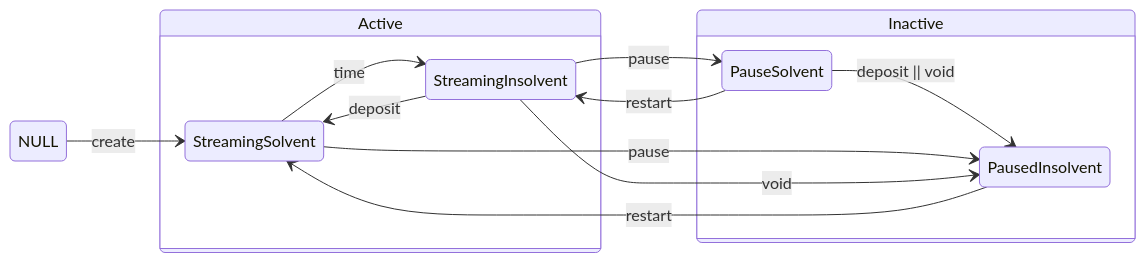
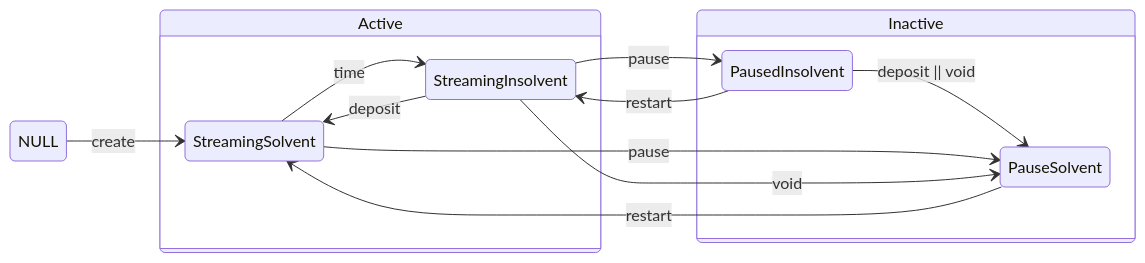
The first of 8 diagrams in diagrams.md (sablier-labs/flow), drawn with Mermaid before and after one commit.

Commit message:
docs: correct status diagram

````diff
--- a/diagrams.md
+++ b/diagrams.md
@@ -22,40 +22,40 @@
 ```mermaid
 stateDiagram-v2
     direction LR
 
     state Active {
         StreamingSolvent
         StreamingInsolvent --> StreamingSolvent : deposit
         StreamingSolvent --> StreamingInsolvent : time
     }
 
     state Inactive {
         # direction BT
+        PauseSolvent
         PausedInsolvent
-        PauseSolvent
-        PauseSolvent --> PausedInsolvent : deposit || void
+         PausedInsolvent --> PauseSolvent : deposit || void
     }
 
-    StreamingSolvent --> PausedInsolvent : pause
-    PausedInsolvent --> StreamingSolvent : restart
-    StreamingInsolvent --> PauseSolvent : pause
-    StreamingInsolvent --> PausedInsolvent : void
-    PauseSolvent --> StreamingInsolvent : restart
+    StreamingSolvent --> PauseSolvent : pause
+    StreamingInsolvent --> PausedInsolvent : pause
+    StreamingInsolvent --> PauseSolvent : void
+    PauseSolvent --> StreamingSolvent : restart
+    PausedInsolvent --> StreamingInsolvent : restart
 
     NULL --> StreamingSolvent : create
 
     NULL:::grey
     Active:::lightGreen
     Inactive:::lightYellow
     StreamingSolvent:::intenseGreen
     StreamingInsolvent:::intenseGreen
     PausedInsolvent:::intenseYellow
     PauseSolvent:::intenseYellow
 
     classDef grey fill:#b0b0b0,stroke:#333,stroke-width:2px,color:#000,font-weight:bold;
     classDef lightGreen fill:#98FB98,color:#000,font-weight:bold;
     classDef intenseGreen fill:#32cd32,stroke:#333,stroke-width:2px,color:#000,font-weight:bold;
     classDef lightYellow fill:#ffff99,color:#000,font-weight:bold;
     classDef intenseYellow fill:#ffd700,color:#000,font-weight:bold;
 
 ```
````
